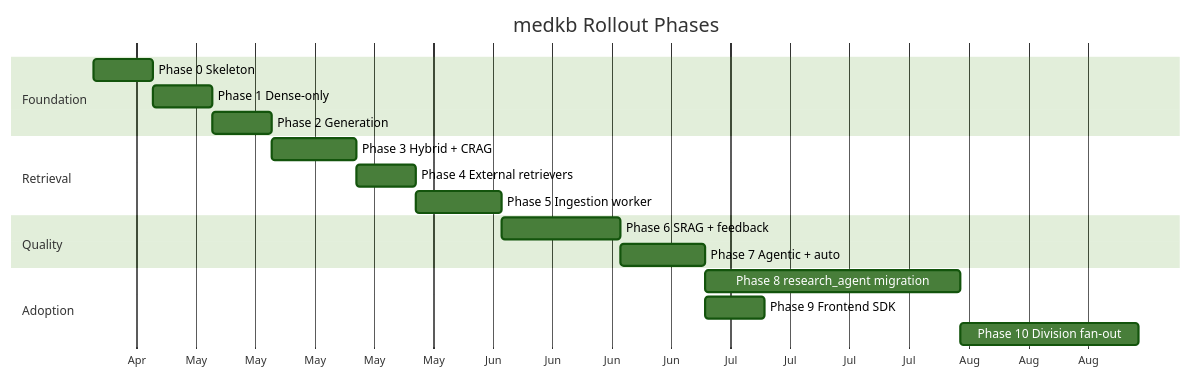
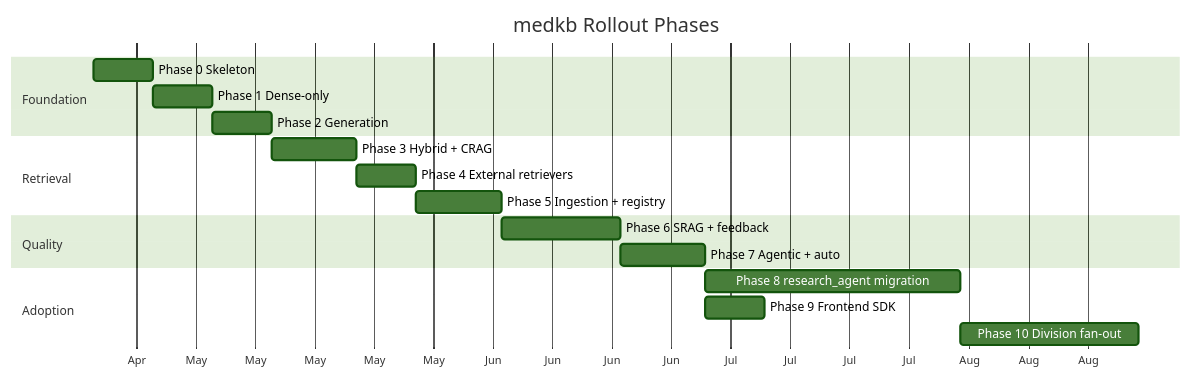
Before and after one commit to sdnydude/dhgaifactory3.5: the tenth of 11 diagrams in docs/architecture/MEDKB_ARCHITECTURE.md, drawn with Mermaid (forest theme). The commit also changed other lines of this file and 1 other file, not shown here.

First line of the commit message:
docs(medkb): add registry + DHG service integration to RAG-as-a-Service spec

````diff
--- a/docs/architecture/MEDKB_ARCHITECTURE.md
+++ b/docs/architecture/MEDKB_ARCHITECTURE.md
@@ -441,25 +481,25 @@
 ```mermaid
 gantt
     title medkb Rollout Phases
     dateFormat  YYYY-MM-DD
     axisFormat  %b
 
     section Foundation
     Phase 0 Skeleton           :p0, 2026-04-21, 7d
     Phase 1 Dense-only         :p1, after p0, 7d
     Phase 2 Generation         :p2, after p1, 7d
 
     section Retrieval
     Phase 3 Hybrid + CRAG      :p3, after p2, 10d
     Phase 4 External retrievers :p4, after p3, 7d
-    Phase 5 Ingestion worker    :p5, after p4, 10d
+    Phase 5 Ingestion + registry :p5, after p4, 10d
 
     section Quality
     Phase 6 SRAG + feedback    :p6, after p5, 14d
     Phase 7 Agentic + auto     :p7, after p6, 10d
 
     section Adoption
     Phase 8 research_agent migration :p8, after p7, 30d
     Phase 9 Frontend SDK       :p9, after p7, 7d
     Phase 10 Division fan-out  :p10, after p8, 21d
 ```
````
